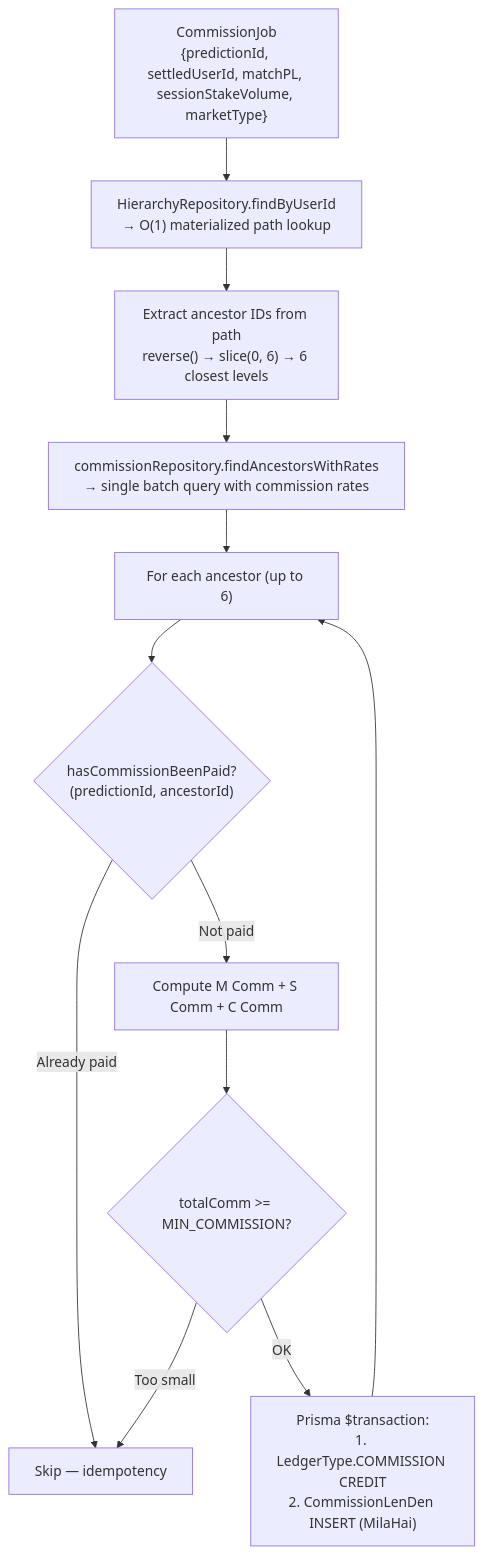
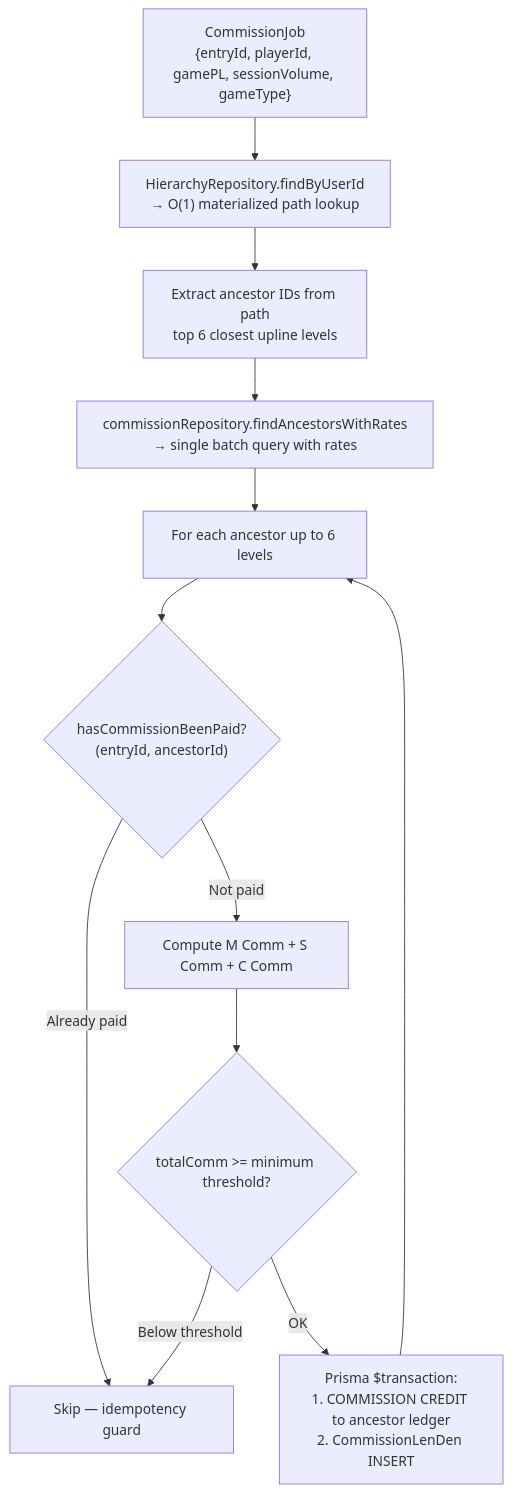
One commit to Yash-Jangid/GameX changed the eighth of 13 diagrams in README.md. Above: the diagram before and after it, drawn with Mermaid. The commit also changed other lines of this file, not shown here.

````diff
--- a/README.md
+++ b/README.md
@@ -395,21 +437,21 @@
 ```mermaid
 flowchart TD
-    JOB["CommissionJob\n{predictionId, settledUserId, matchPL, sessionStakeVolume, marketType}"]
+    JOB["CommissionJob\n{entryId, playerId, gamePL, sessionVolume, gameType}"]
     HIER["HierarchyRepository.findByUserId\n→ O(1) materialized path lookup"]
-    ANCS["Extract ancestor IDs from path\nreverse() → slice(0, 6) → 6 closest levels"]
-    BATCH["commissionRepository.findAncestorsWithRates\n→ single batch query with commission rates"]
-    LOOP["For each ancestor (up to 6)"]
-    IDEM{"hasCommissionBeenPaid?\n(predictionId, ancestorId)"}
-    SKIP["Skip — idempotency"]
+    ANCS["Extract ancestor IDs from path\ntop 6 closest upline levels"]
+    BATCH["commissionRepository.findAncestorsWithRates\n→ single batch query with rates"]
+    LOOP["For each ancestor up to 6 levels"]
+    IDEM{"hasCommissionBeenPaid?\n(entryId, ancestorId)"}
+    SKIP["Skip — idempotency guard"]
     CALC["Compute M Comm + S Comm + C Comm"]
-    MIN{"totalComm >= MIN_COMMISSION?"}
-    TX["Prisma $transaction:\n1. LedgerType.COMMISSION CREDIT\n2. CommissionLenDen INSERT (MilaHai)"]
+    MIN{"totalComm >= minimum threshold?"}
+    TX["Prisma $transaction:\n1. COMMISSION CREDIT to ancestor ledger\n2. CommissionLenDen INSERT"]
 
     JOB --> HIER --> ANCS --> BATCH --> LOOP
     LOOP --> IDEM
     IDEM -->|Already paid| SKIP
     IDEM -->|Not paid| CALC --> MIN
-    MIN -->|Too small| SKIP
+    MIN -->|Below threshold| SKIP
     MIN -->|OK| TX
     TX --> LOOP
 ```
````
